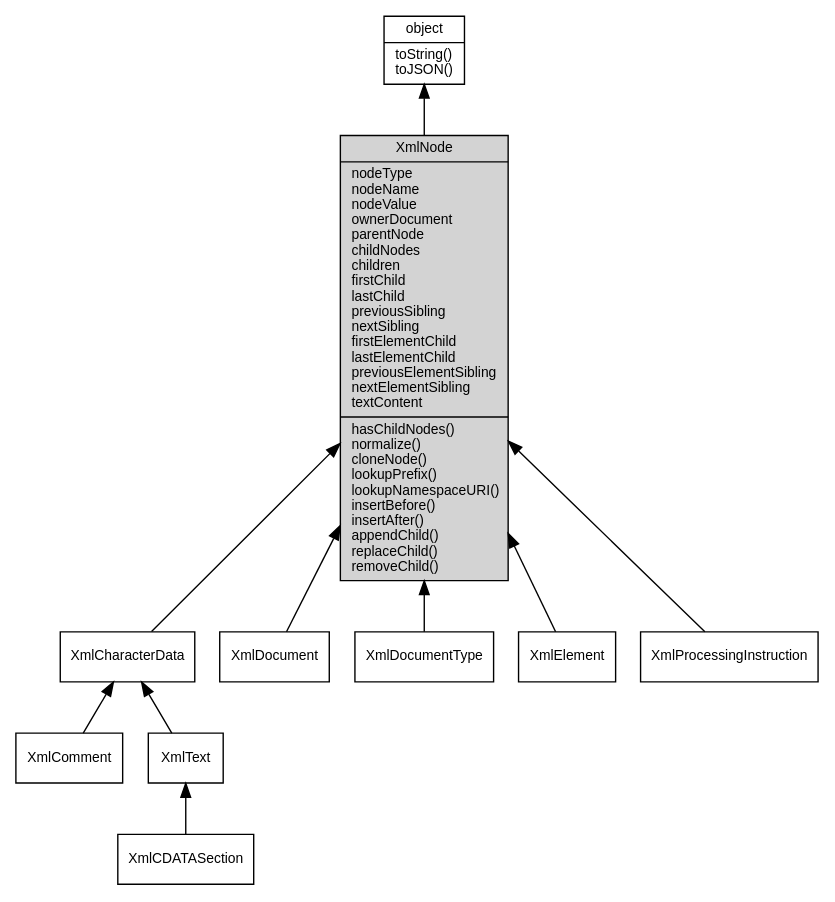
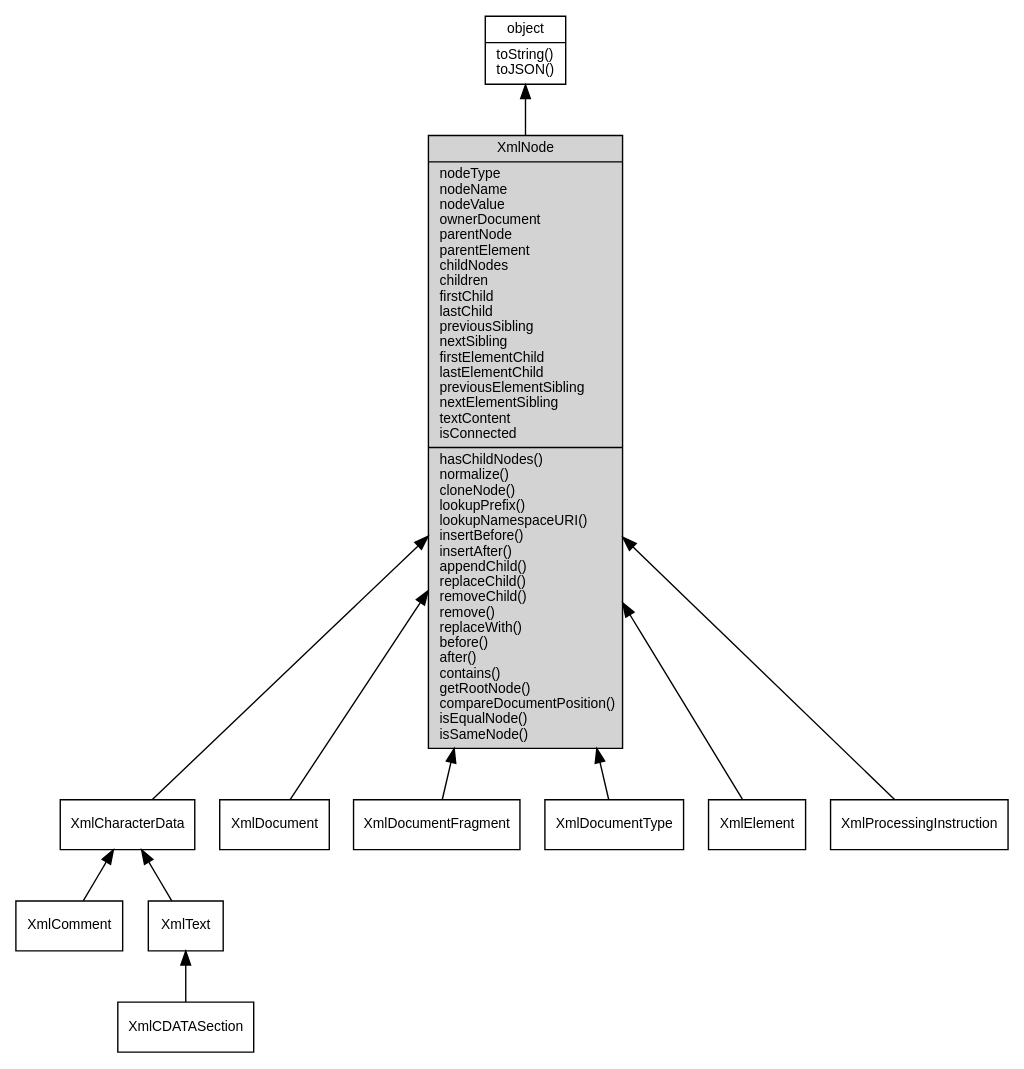
One commit to fibjs/fibjs.org changed the diagram in docs/manual/object/ifs/XmlNode.md. Above: the diagram before and after it, drawn with Graphviz. The commit also changed other lines of this file and 148 other files, not shown here.

First line of the commit message:
feat: add ZlibCodec documentation and update object graph

````diff
--- a/docs/manual/object/ifs/XmlNode.md
+++ b/docs/manual/object/ifs/XmlNode.md
@@ -5,26 +5,28 @@
 ```dot
 digraph {
     node [fontname="Helvetica,sans-Serif", fontsize=10, shape="record", style="filled", fillcolor="white"];
 
     object [tooltip="object", URL="object.md", label="{object|toString()\ltoJSON()\l}"];
-    XmlNode [tooltip="XmlNode", fillcolor="lightgray", id="me", label="{XmlNode|nodeType\lnodeName\lnodeValue\lownerDocument\lparentNode\lchildNodes\lchildren\lfirstChild\llastChild\lpreviousSibling\lnextSibling\lfirstElementChild\llastElementChild\lpreviousElementSibling\lnextElementSibling\ltextContent\l|hasChildNodes()\lnormalize()\lcloneNode()\llookupPrefix()\llookupNamespaceURI()\linsertBefore()\linsertAfter()\lappendChild()\lreplaceChild()\lremoveChild()\l}"];
+    XmlNode [tooltip="XmlNode", fillcolor="lightgray", id="me", label="{XmlNode|nodeType\lnodeName\lnodeValue\lownerDocument\lparentNode\lparentElement\lchildNodes\lchildren\lfirstChild\llastChild\lpreviousSibling\lnextSibling\lfirstElementChild\llastElementChild\lpreviousElementSibling\lnextElementSibling\ltextContent\lisConnected\l|hasChildNodes()\lnormalize()\lcloneNode()\llookupPrefix()\llookupNamespaceURI()\linsertBefore()\linsertAfter()\lappendChild()\lreplaceChild()\lremoveChild()\lremove()\lreplaceWith()\lbefore()\lafter()\lcontains()\lgetRootNode()\lcompareDocumentPosition()\lisEqualNode()\lisSameNode()\l}"];
     XmlCharacterData [tooltip="XmlCharacterData", URL="XmlCharacterData.md", label="{XmlCharacterData}"];
     XmlComment [tooltip="XmlComment", URL="XmlComment.md", label="{XmlComment}"];
     XmlText [tooltip="XmlText", URL="XmlText.md", label="{XmlText}"];
     XmlCDATASection [tooltip="XmlCDATASection", URL="XmlCDATASection.md", label="{XmlCDATASection}"];
     XmlDocument [tooltip="XmlDocument", URL="XmlDocument.md", label="{XmlDocument}"];
+    XmlDocumentFragment [tooltip="XmlDocumentFragment", URL="XmlDocumentFragment.md", label="{XmlDocumentFragment}"];
     XmlDocumentType [tooltip="XmlDocumentType", URL="XmlDocumentType.md", label="{XmlDocumentType}"];
     XmlElement [tooltip="XmlElement", URL="XmlElement.md", label="{XmlElement}"];
     XmlProcessingInstruction [tooltip="XmlProcessingInstruction", URL="XmlProcessingInstruction.md", label="{XmlProcessingInstruction}"];
 
     object -> XmlNode [dir=back];
     XmlNode -> XmlCharacterData [dir=back];
     XmlCharacterData -> XmlComment [dir=back];
     XmlCharacterData -> XmlText [dir=back];
     XmlText -> XmlCDATASection [dir=back];
     XmlNode -> XmlDocument [dir=back];
+    XmlNode -> XmlDocumentFragment [dir=back];
     XmlNode -> XmlDocumentType [dir=back];
     XmlNode -> XmlElement [dir=back];
     XmlNode -> XmlProcessingInstruction [dir=back];
 }
 ```
````
